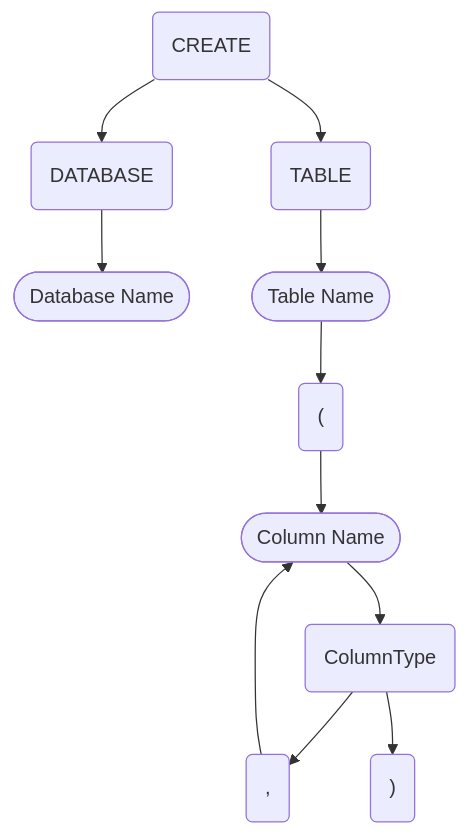
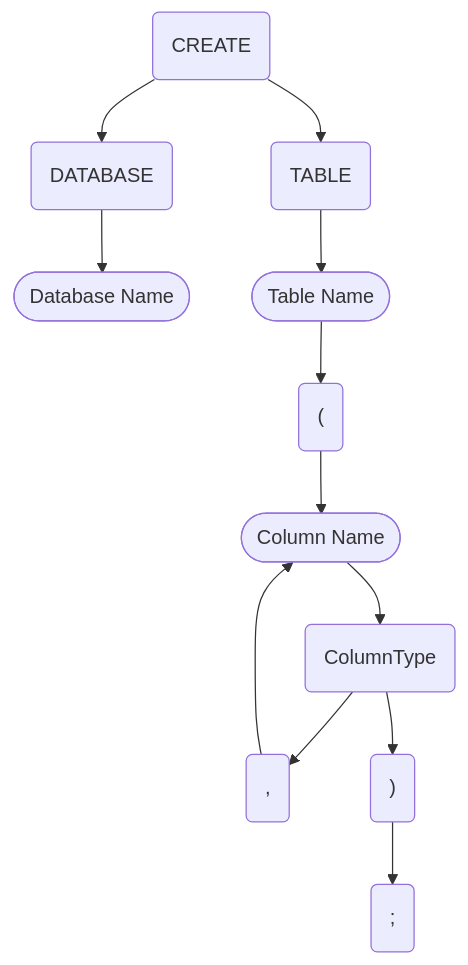
One commit to caoaolong/csdb-teach changed the first of 2 diagrams in docs/SQL语法树.md. Above: the diagram before and after it, drawn with Mermaid. The commit also changed other lines of this file and 6 other files, not shown here.

````diff
--- a/docs/SQL语法树.md
+++ b/docs/SQL语法树.md
@@ -3,9 +3,8 @@
 ```mermaid
 graph TB;
-Crt(CREATE)
-Crt --> D(DATABASE) --> ND([Database Name])
-Crt --> T(TABLE) --> NT([Table Name]) --> BTF("(")
-BTF --> NC([Column Name]) --> NCT(ColumnType) --> NDT0(,)
-NDT0(,) --> NC
-NCT --> BTB(")")
+    Crt(CREATE) --> D(DATABASE) --> ND([Database Name])
+    Crt --> T(TABLE) --> NT([Table Name]) --> BTF("(")
+    BTF --> NC([Column Name]) --> NCT(ColumnType) --> NDT0(,)
+    NDT0(,) --> NC
+    NCT --> BTB(")") --> E(";")
 ```
````
